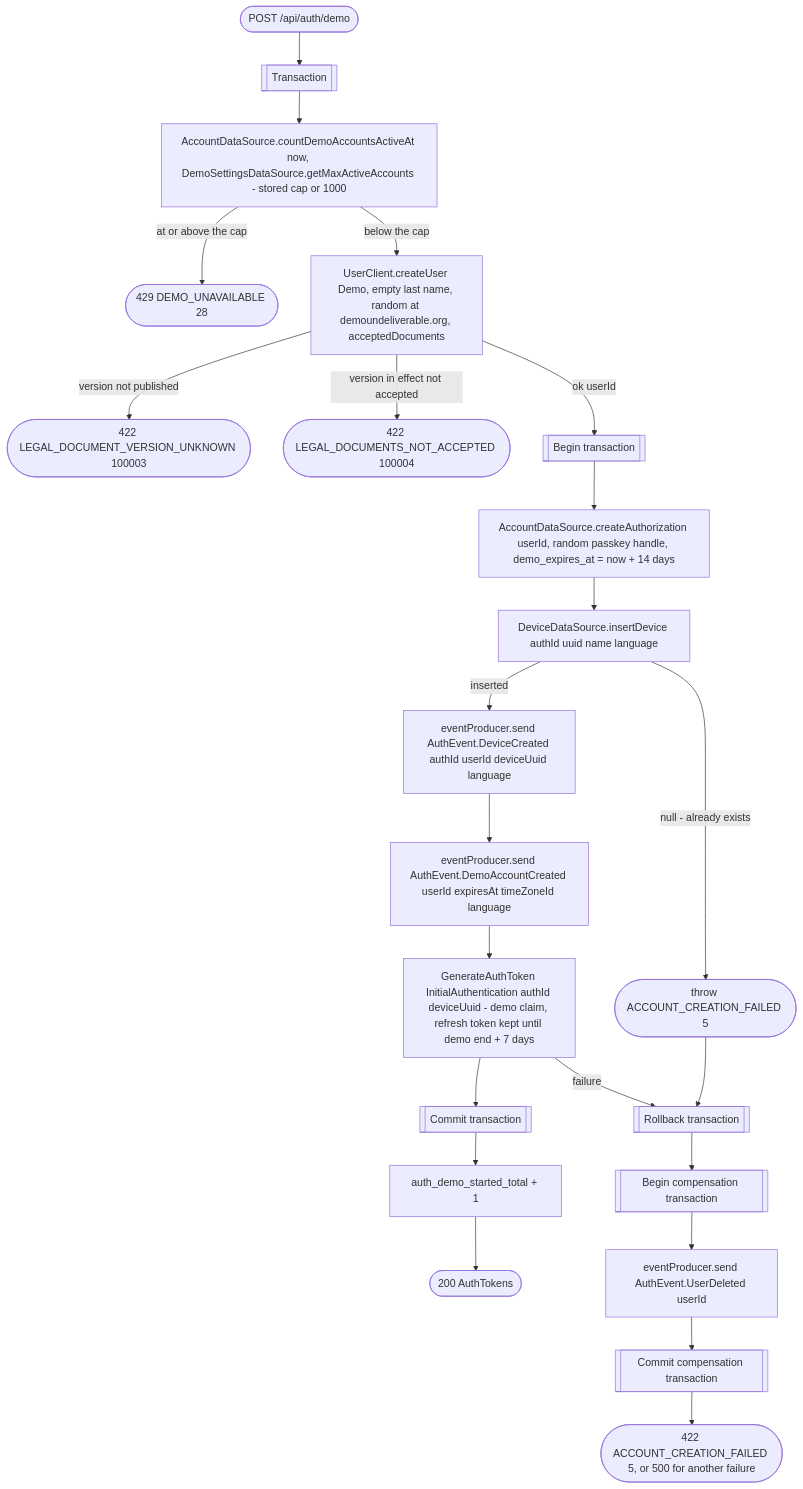
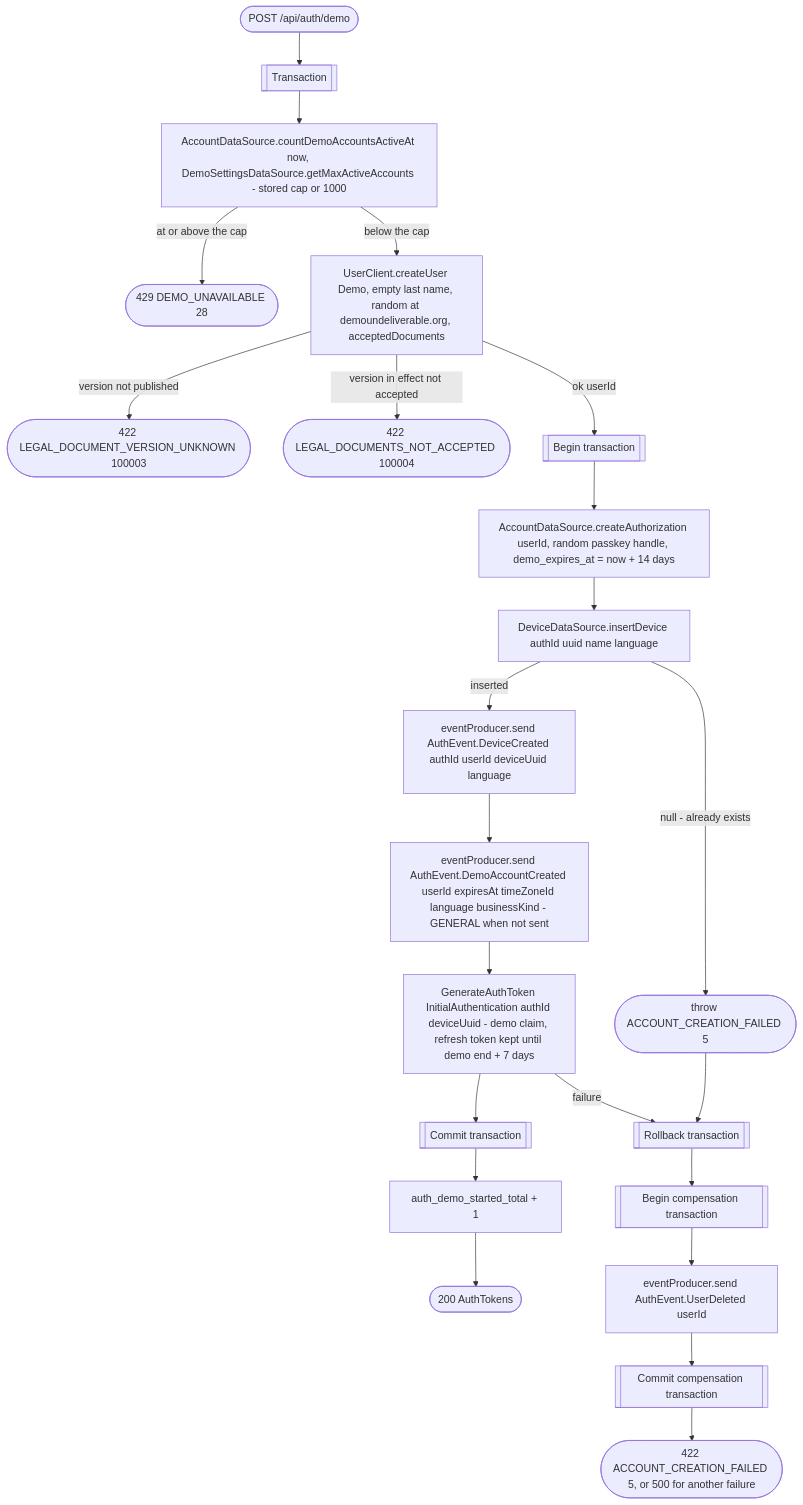
Before and after one commit to nocturneproperties/bookkme: the diagram in docs/operations/authorization/demo-start.md, drawn with Mermaid. The commit also changed 19 other files, not shown here.

````diff
--- a/docs/operations/authorization/demo-start.md
+++ b/docs/operations/authorization/demo-start.md
@@ -23,22 +23,22 @@
 ```mermaid
 flowchart TD
     Start([POST /api/auth/demo]) --> CountTx[[Transaction]] --> Count[AccountDataSource.countDemoAccountsActiveAt now, DemoSettingsDataSource.getMaxActiveAccounts - stored cap or 1000]
     Count -- at or above the cap --> R429([429 DEMO_UNAVAILABLE 28])
     Count -- below the cap --> CreateUser[UserClient.createUser Demo, empty last name, random at demoundeliverable.org, acceptedDocuments]
     CreateUser -- version not published --> R422c([422 LEGAL_DOCUMENT_VERSION_UNKNOWN 100003])
     CreateUser -- version in effect not accepted --> R422d([422 LEGAL_DOCUMENTS_NOT_ACCEPTED 100004])
     CreateUser -- ok userId --> Tx[[Begin transaction]]
     Tx --> CreateAuth[AccountDataSource.createAuthorization userId, random passkey handle, demo_expires_at = now + 14 days]
     CreateAuth --> NewDevice[DeviceDataSource.insertDevice authId uuid name language]
     NewDevice -- null - already exists --> Fail([throw ACCOUNT_CREATION_FAILED 5])
     NewDevice -- inserted --> DeviceEvt[eventProducer.send AuthEvent.DeviceCreated authId userId deviceUuid language]
-    DeviceEvt --> DemoEvt[eventProducer.send AuthEvent.DemoAccountCreated userId expiresAt timeZoneId language]
+    DeviceEvt --> DemoEvt[eventProducer.send AuthEvent.DemoAccountCreated userId expiresAt timeZoneId language businessKind - GENERAL when not sent]
     DemoEvt --> Token[GenerateAuthToken InitialAuthentication authId deviceUuid - demo claim, refresh token kept until demo end + 7 days]
     Token --> TxEnd[[Commit transaction]] --> Count2[auth_demo_started_total + 1] --> R200([200 AuthTokens])
     Token -- failure --> Rollback
     Fail --> Rollback[[Rollback transaction]]
     Rollback --> CompTx[[Begin compensation transaction]]
     CompTx --> Compensate[eventProducer.send AuthEvent.UserDeleted userId]
     Compensate --> CompEnd[[Commit compensation transaction]]
     CompEnd --> R422e([422 ACCOUNT_CREATION_FAILED 5, or 500 for another failure])
 ```
````
